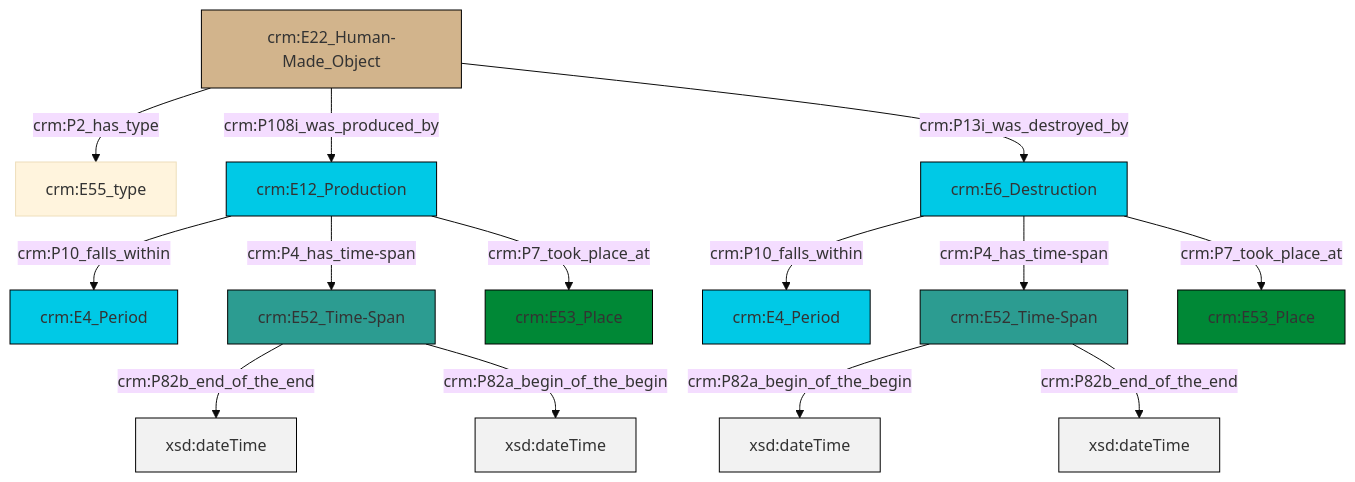
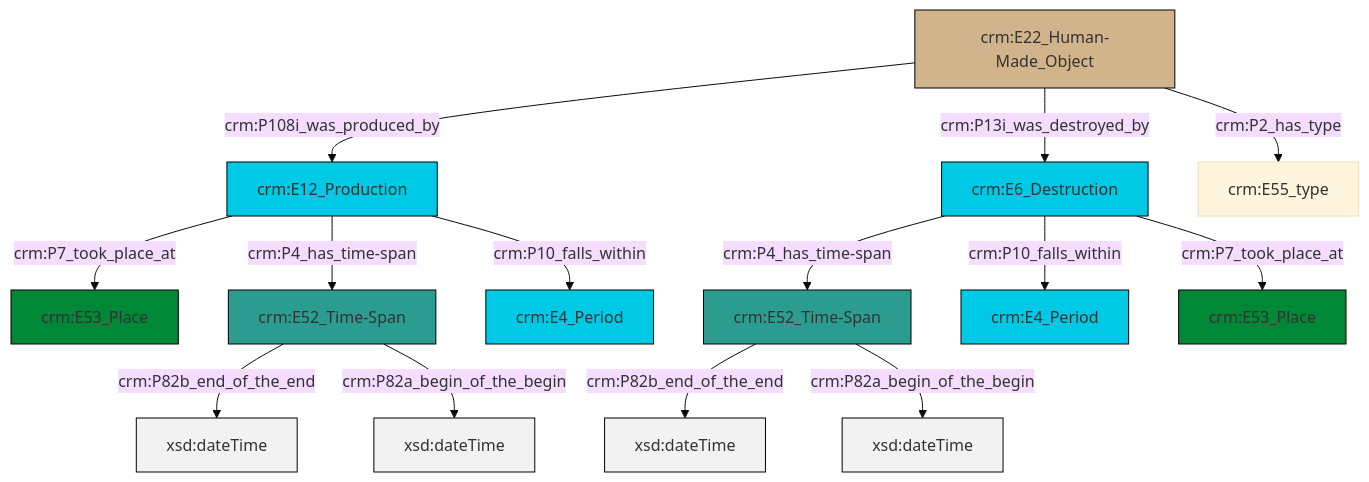
One commit to swiss-art-research-net/reference-data-models changed the diagram in et/builtWorkCSV/ttl/mmd/Built_Work_existence.ttl.mmd. Above: the diagram before and after it, drawn with Mermaid (base theme). The commit also changed 146 other files, not shown here.

```diff
--- a/et/builtWorkCSV/ttl/mmd/Built_Work_existence.ttl.mmd
+++ b/et/builtWorkCSV/ttl/mmd/Built_Work_existence.ttl.mmd
@@ -1,28 +1,28 @@
 graph TD
 classDef Literal fill:#f2f2f2,stroke:#000000;
 classDef CRM_Entity fill:#FFFFFF,stroke:#000000;
 classDef Temporal_Entity fill:#00C9E6, stroke:#000000;
 classDef Type fill:#E18312, stroke:#000000;
 classDef Time-Span fill:#2C9C91, stroke:#000000;
 classDef Appellation fill:#FFEB7F, stroke:#000000;
 classDef Place fill:#008836, stroke:#000000;
 classDef Persistent_Item fill:#B266B2, stroke:#000000;
 classDef Conceptual_Object fill:#FFD700, stroke:#000000;
 classDef Physical_Thing fill:#D2B48C, stroke:#000000;
 classDef Actor fill:#f58aad, stroke:#000000;
 classDef PC_Classes fill:#4ce600, stroke:#000000;
 classDef Multi fill:#cccccc,stroke:#000000;
 
-0["crm:E6_Destruction"]:::Temporal_Entity -->|crm:P10_falls_within| 1["crm:E4_Period"]:::Temporal_Entity
+0["crm:E52_Time-Span"]:::Time-Span -->|crm:P82b_end_of_the_end| 1[xsd:dateTime]:::Literal
 2["crm:E52_Time-Span"]:::Time-Span -->|crm:P82b_end_of_the_end| 3[xsd:dateTime]:::Literal
-4["crm:E12_Production"]:::Temporal_Entity -->|crm:P10_falls_within| 5["crm:E4_Period"]:::Temporal_Entity
-2["crm:E52_Time-Span"]:::Time-Span -->|crm:P82a_begin_of_the_begin| 6[xsd:dateTime]:::Literal
-4["crm:E12_Production"]:::Temporal_Entity -->|crm:P4_has_time-span| 2["crm:E52_Time-Span"]:::Time-Span
-17["crm:E22_Human-Made_Object"]:::Physical_Thing -->|crm:P2_has_type| 10["crm:E55_type"]:::Default
-4["crm:E12_Production"]:::Temporal_Entity -->|crm:P7_took_place_at| 12["crm:E53_Place"]:::Place
-17["crm:E22_Human-Made_Object"]:::Physical_Thing -->|crm:P108i_was_produced_by| 4["crm:E12_Production"]:::Temporal_Entity
-8["crm:E52_Time-Span"]:::Time-Span -->|crm:P82a_begin_of_the_begin| 19[xsd:dateTime]:::Literal
-0["crm:E6_Destruction"]:::Temporal_Entity -->|crm:P4_has_time-span| 8["crm:E52_Time-Span"]:::Time-Span
-0["crm:E6_Destruction"]:::Temporal_Entity -->|crm:P7_took_place_at| 20["crm:E53_Place"]:::Place
-17["crm:E22_Human-Made_Object"]:::Physical_Thing -->|crm:P13i_was_destroyed_by| 0["crm:E6_Destruction"]:::Temporal_Entity
-8["crm:E52_Time-Span"]:::Time-Span -->|crm:P82b_end_of_the_end| 23[xsd:dateTime]:::Literal
+4["crm:E6_Destruction"]:::Temporal_Entity -->|crm:P4_has_time-span| 2["crm:E52_Time-Span"]:::Time-Span
+5["crm:E12_Production"]:::Temporal_Entity -->|crm:P7_took_place_at| 6["crm:E53_Place"]:::Place
+0["crm:E52_Time-Span"]:::Time-Span -->|crm:P82a_begin_of_the_begin| 8[xsd:dateTime]:::Literal
+5["crm:E12_Production"]:::Temporal_Entity -->|crm:P4_has_time-span| 0["crm:E52_Time-Span"]:::Time-Span
+11["crm:E22_Human-Made_Object"]:::Physical_Thing -->|crm:P108i_was_produced_by| 5["crm:E12_Production"]:::Temporal_Entity
+4["crm:E6_Destruction"]:::Temporal_Entity -->|crm:P10_falls_within| 15["crm:E4_Period"]:::Temporal_Entity
+5["crm:E12_Production"]:::Temporal_Entity -->|crm:P10_falls_within| 16["crm:E4_Period"]:::Temporal_Entity
+11["crm:E22_Human-Made_Object"]:::Physical_Thing -->|crm:P13i_was_destroyed_by| 4["crm:E6_Destruction"]:::Temporal_Entity
+2["crm:E52_Time-Span"]:::Time-Span -->|crm:P82a_begin_of_the_begin| 18[xsd:dateTime]:::Literal
+11["crm:E22_Human-Made_Object"]:::Physical_Thing -->|crm:P2_has_type| 20["crm:E55_type"]:::Default
+4["crm:E6_Destruction"]:::Temporal_Entity -->|crm:P7_took_place_at| 13["crm:E53_Place"]:::Place
```
